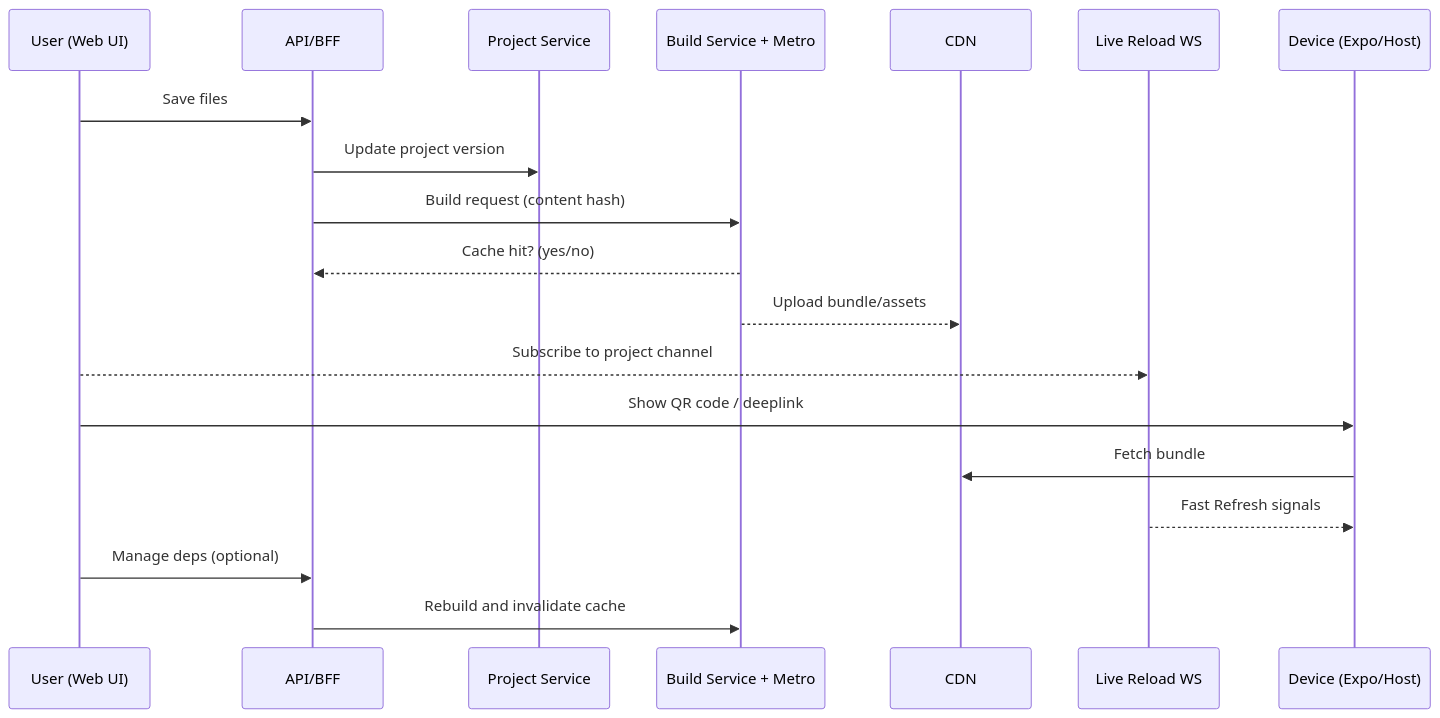
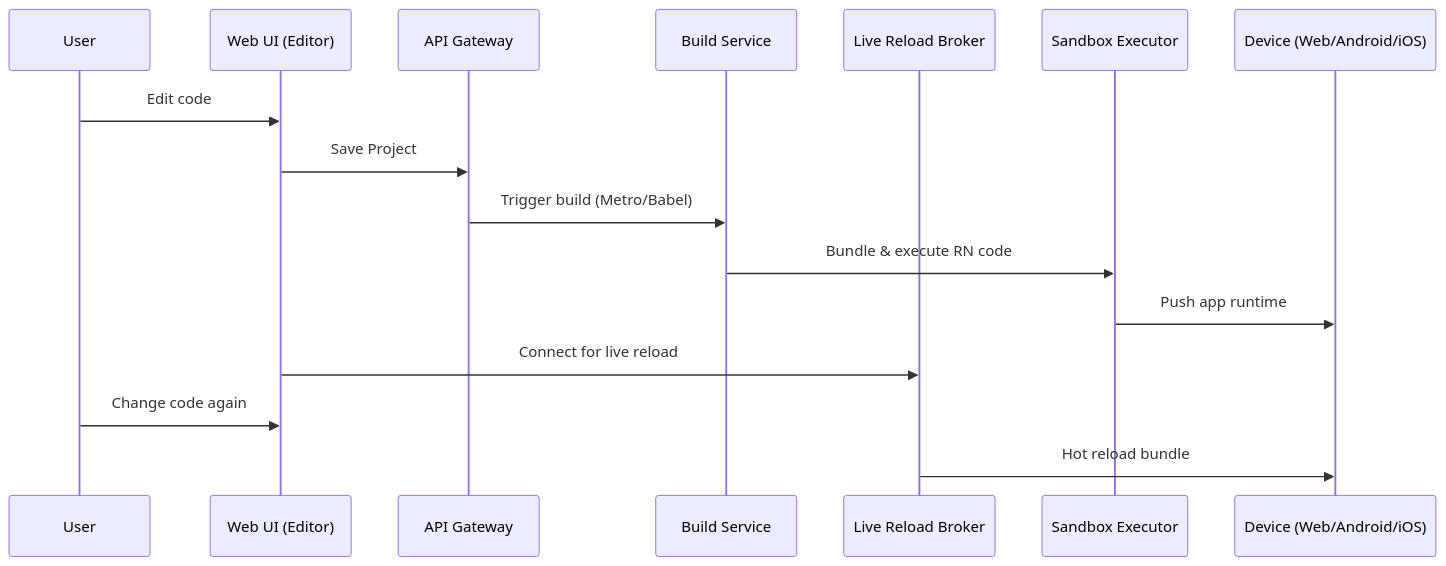
One commit to Mario5T/Native_Playgroung changed the second of 2 diagrams in readme.md. Above: the diagram before and after it, drawn with Mermaid. The commit also changed other lines of this file, not shown here.

````diff
--- a/readme.md
+++ b/readme.md
@@ -72,22 +59,19 @@
 ```mermaid
 sequenceDiagram
-  participant U as User (Web UI)
-  participant BFF as API/BFF
-  participant PR as Project Service
-  participant BL as Build Service + Metro
-  participant CDN as CDN
-  participant WSB as Live Reload WS
-  participant DV as Device (Expo/Host)
+  participant User
+  participant WebUI as Web UI (Editor)
+  participant API as API Gateway
+  participant Build as Build Service
+  participant WS as Live Reload Broker
+  participant Sandbox as Sandbox Executor
+  participant Device as Device (Web/Android/iOS)
 
-  U->>BFF: Save files
-  BFF->>PR: Update project version
-  BFF->>BL: Build request (content hash)
-  BL-->>BFF: Cache hit? (yes/no)
-  BL-->>CDN: Upload bundle/assets
-  U-->>WSB: Subscribe to project channel
-  U->>DV: Show QR code / deeplink
-  DV->>CDN: Fetch bundle
-  WSB-->>DV: Fast Refresh signals
-  U->>BFF: Manage deps (optional)
-  BFF->>BL: Rebuild and invalidate cache
+  User->>WebUI: Edit code
+  WebUI->>API: Save Project
+  API->>Build: Trigger build (Metro/Babel)
+  Build->>Sandbox: Bundle & execute RN code
+  Sandbox->>Device: Push app runtime
+  WebUI->>WS: Connect for live reload
+  User->>WebUI: Change code again
+  WS->>Device: Hot reload bundle
 ```
````
